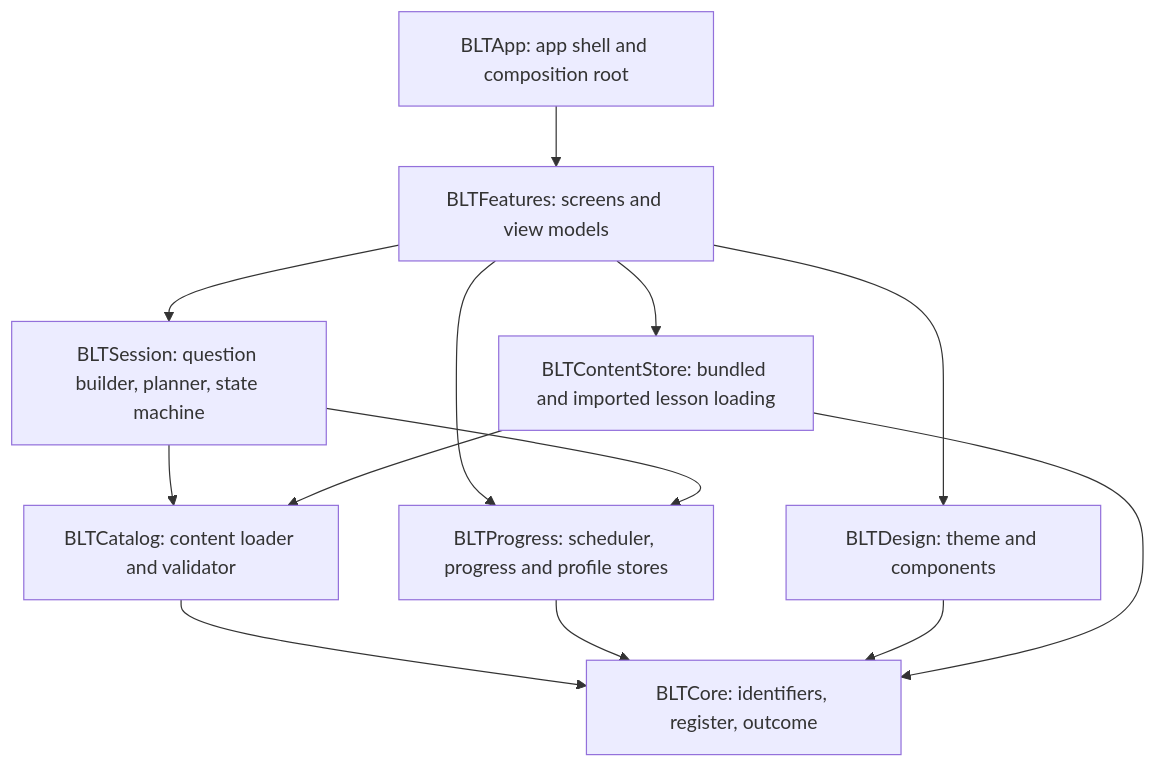
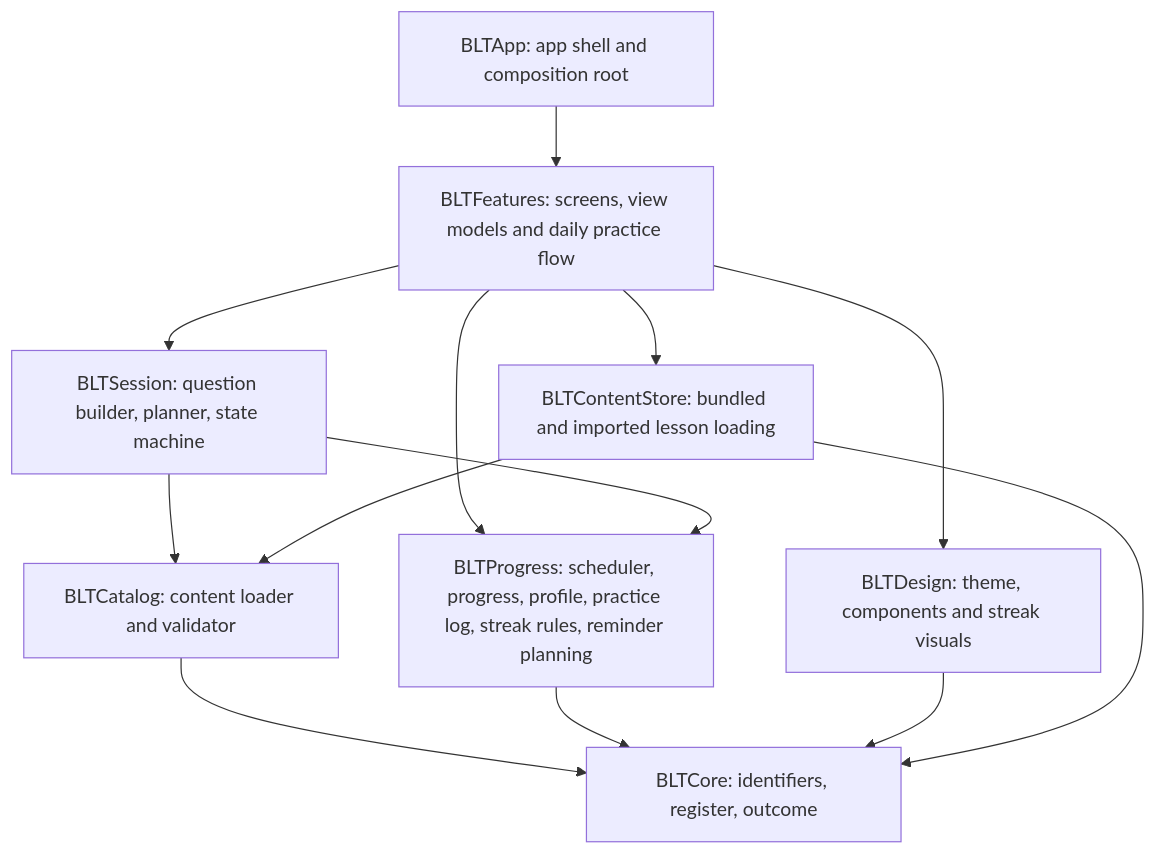
One commit to darshan-r27/blt.ai changed the diagram in README.md. Above: the diagram before and after it, drawn with Mermaid. The commit also changed other lines of this file and 8 other files, not shown here.

First line of the commit message:
Docs: README shows daily practice; CHANGELOG with versions; rule to keep GitHub current (#44)

````diff
--- a/README.md
+++ b/README.md
@@ -66,15 +75,15 @@
 ```mermaid
 graph TD
     App[BLTApp: app shell and composition root] --> Features
-    Features[BLTFeatures: screens and view models] --> Session
-    Features --> Design[BLTDesign: theme and components]
+    Features[BLTFeatures: screens, view models and daily practice flow] --> Session
+    Features --> Design[BLTDesign: theme, components and streak visuals]
     Features --> ContentStore[BLTContentStore: bundled and imported lesson loading]
     Features --> Progress
     Session[BLTSession: question builder, planner, state machine] --> Catalog
-    Session --> Progress[BLTProgress: scheduler, progress and profile stores]
+    Session --> Progress[BLTProgress: scheduler, progress, profile, practice log, streak rules, reminder planning]
     ContentStore --> Catalog
     Catalog[BLTCatalog: content loader and validator] --> Core
     Progress --> Core[BLTCore: identifiers, register, outcome]
     Design --> Core
     ContentStore --> Core
 ```
````
